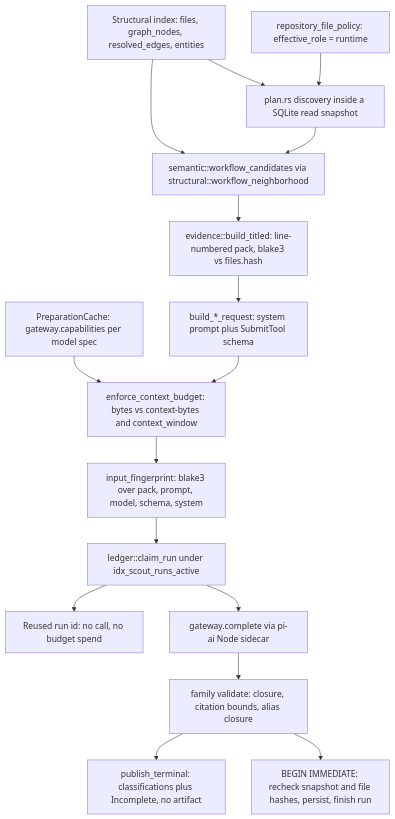
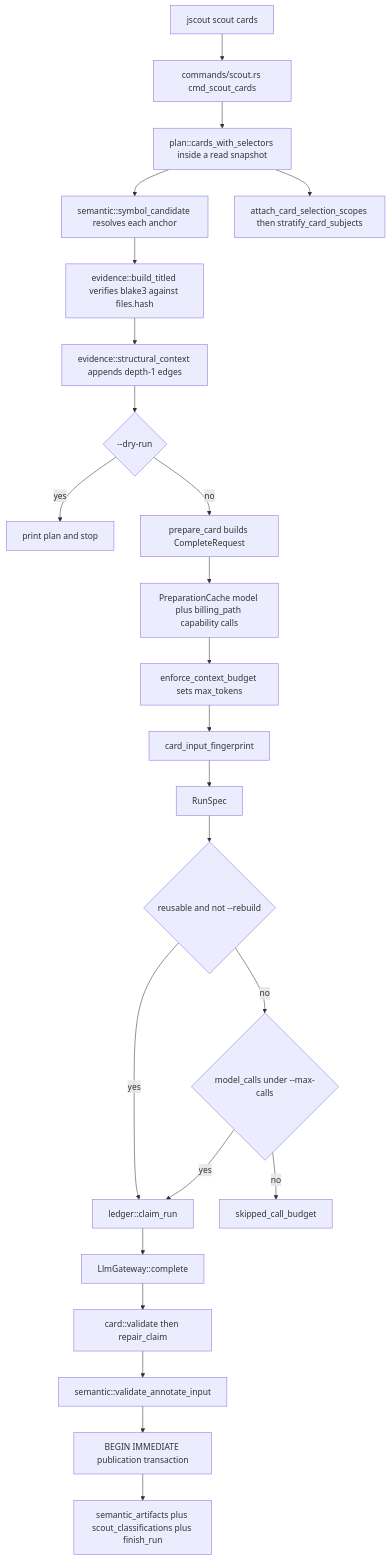
Before and after one commit to iantocristian/jscout: the first of 2 diagrams in docs/codebase-analysis/08-scouting.md, drawn with Mermaid. The commit also changed other lines of this file and 28 other files, not shown here.

````diff
--- a/docs/codebase-analysis/08-scouting.md
+++ b/docs/codebase-analysis/08-scouting.md
@@ -21,34 +21,26 @@
 ```mermaid
 flowchart TD
-  IDX["Structural index: files, graph_nodes, resolved_edges, entities"]
-  POL["repository_file_policy: effective_role = runtime"]
-  PLAN["plan.rs discovery inside a SQLite read snapshot"]
-  CAND["semantic::workflow_candidates via structural::workflow_neighborhood"]
-  EV["evidence::build_titled: line-numbered pack, blake3 vs files.hash"]
-  REQ["build_*_request: system prompt plus SubmitTool schema"]
-  CAP["PreparationCache: gateway.capabilities per model spec"]
-  BUD["enforce_context_budget: bytes vs context-bytes and context_window"]
-  FP["input_fingerprint: blake3 over pack, prompt, model, schema, system"]
-  CLAIM["ledger::claim_run under idx_scout_runs_active"]
-  REUSE["Reused run id: no call, no budget spend"]
-  CALL["gateway.complete via pi-ai Node sidecar"]
-  VAL["family validate: closure, citation bounds, alias closure"]
-  INC["publish_terminal: classifications plus Incomplete, no artifact"]
-  PUB["BEGIN IMMEDIATE: recheck snapshot and file hashes, persist, finish run"]
-
-  IDX --> PLAN
-  POL --> PLAN
-  IDX --> CAND
-  PLAN --> CAND
-  CAND --> EV
-  EV --> REQ
-  CAP --> BUD
-  REQ --> BUD
-  BUD --> FP
-  FP --> CLAIM
-  CLAIM --> REUSE
-  CLAIM --> CALL
-  CALL --> VAL
-  VAL --> INC
-  VAL --> PUB
+  CLI["jscout scout cards"] --> DISPATCH["commands/scout.rs cmd_scout_cards"]
+  DISPATCH --> PLAN["plan::cards_with_selectors inside a read snapshot"]
+  PLAN --> SYM["semantic::symbol_candidate resolves each anchor"]
+  PLAN --> SCOPE["attach_card_selection_scopes then stratify_card_subjects"]
+  SYM --> EV["evidence::build_titled verifies blake3 against files.hash"]
+  EV --> CTX["evidence::structural_context appends depth-1 edges"]
+  CTX --> DRY{"--dry-run"}
+  DRY -->|"yes"| REPORT["print plan and stop"]
+  DRY -->|"no"| PREP["prepare_card builds CompleteRequest"]
+  PREP --> CAP["PreparationCache model plus billing_path capability calls"]
+  CAP --> BUD["enforce_context_budget sets max_tokens"]
+  BUD --> FP["card_input_fingerprint"]
+  FP --> SPEC["RunSpec"]
+  SPEC --> REUSE{"reusable and not --rebuild"}
+  REUSE -->|"yes"| CLAIM["ledger::claim_run"]
+  REUSE -->|"no"| GATE{"model_calls under --max-calls"}
+  GATE -->|"no"| SKIP["skipped_call_budget"]
+  GATE -->|"yes"| CLAIM
+  CLAIM --> CALL["LlmGateway::complete"]
+  CALL --> V1["card::validate then repair_claim"]
+  V1 --> V2["semantic::validate_annotate_input"]
+  V2 --> TX["BEGIN IMMEDIATE publication transaction"]
+  TX --> DONE["semantic_artifacts plus scout_classifications plus finish_run"]
 ```
````
